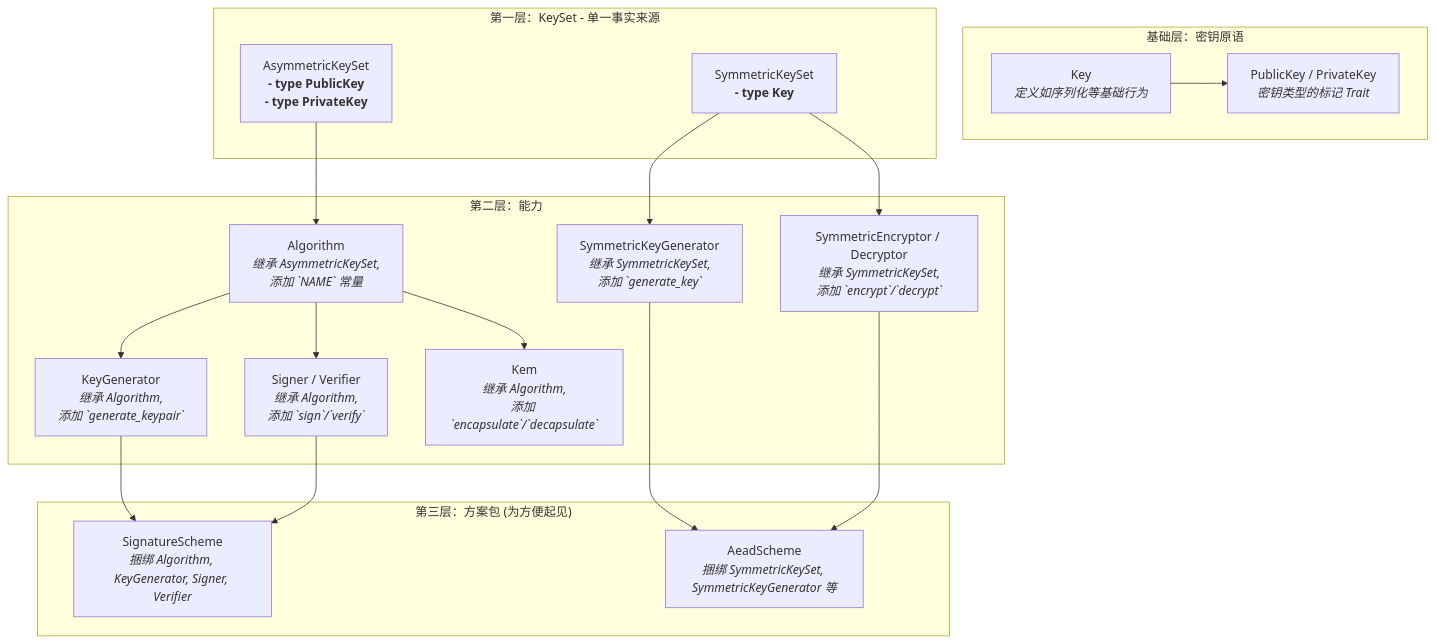
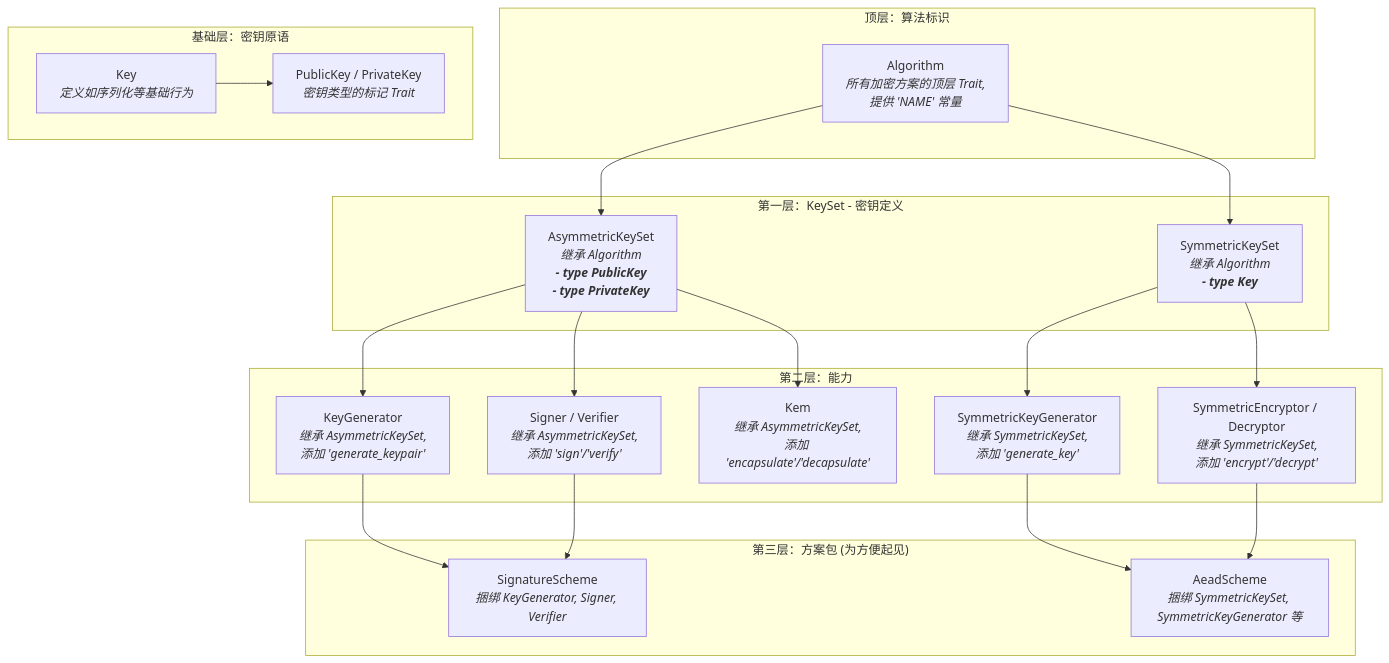
Before and after one commit to ShaoG-R/seal-crypto: the diagram in README_CN.md, drawn with Mermaid. The commit also changed other lines of this file and 20 other files, not shown here.

Commit message:
更新 README 文档，调整算法标识和密钥原语的描述，优化示例代码中的 RSA 和 Kyber 方案导入路径，重构 Trait 定义以提升可读性，移除未使用的 KEM Trait，确保文档与代码一致性。

````diff
--- a/README_CN.md
+++ b/README_CN.md
@@ -82,36 +82,44 @@
 ```mermaid
 graph TD
-    subgraph "基础层：密钥原语"
-        A[Key<br/><i>定义如序列化等基础行为</i>]
-        B[PublicKey / PrivateKey<br/><i>密钥类型的标记 Trait</i>]
+    subgraph "顶层：算法标识"
+        Z["Algorithm<br/><i>所有加密方案的顶层 Trait,<br/>提供 'NAME' 常量</i>"]
     end
 
-    subgraph "第一层：KeySet - 单一事实来源"
-        C[AsymmetricKeySet<br/><b>- type PublicKey<br/>- type PrivateKey</b>]
-        D[SymmetricKeySet<br/><b>- type Key</b>]
+    subgraph "基础层：密钥原语"
+        A["Key<br/><i>定义如序列化等基础行为</i>"]
+        B["PublicKey / PrivateKey<br/><i>密钥类型的标记 Trait</i>"]
+    end
+
+    subgraph "第一层：KeySet - 密钥定义"
+        C["AsymmetricKeySet<br/><i>继承 Algorithm<br/><b>- type PublicKey<br/>- type PrivateKey</b></i>"]
+        D["SymmetricKeySet<br/><i>继承 Algorithm<br/><b>- type Key</b></i>"]
     end
 
     subgraph "第二层：能力"
-        E[Algorithm<br/><i>继承 AsymmetricKeySet,<br/>添加 `NAME` 常量</i>]
-        F[KeyGenerator<br/><i>继承 Algorithm,<br/>添加 `generate_keypair`</i>]
-        G[Signer / Verifier<br/><i>继承 Algorithm,<br/>添加 `sign`/`verify`</i>]
-        H[Kem<br/><i>继承 Algorithm,<br/>添加 `encapsulate`/`decapsulate`</i>]
-        I[SymmetricKeyGenerator<br/><i>继承 SymmetricKeySet,<br/>添加 `generate_key`</i>]
-        J[SymmetricEncryptor / Decryptor<br/><i>继承 SymmetricKeySet,<br/>添加 `encrypt`/`decrypt`</i>]
+        F["KeyGenerator<br/><i>继承 AsymmetricKeySet,<br/>添加 'generate_keypair'</i>"]
+        G["Signer / Verifier<br/><i>继承 AsymmetricKeySet,<br/>添加 'sign'/'verify'</i>"]
+        H["Kem<br/><i>继承 AsymmetricKeySet,<br/>添加 'encapsulate'/'decapsulate'</i>"]
+        I["SymmetricKeyGenerator<br/><i>继承 SymmetricKeySet,<br/>添加 'generate_key'</i>"]
+        J["SymmetricEncryptor / Decryptor<br/><i>继承 SymmetricKeySet,<br/>添加 'encrypt'/'decrypt'</i>"]
     end
     
     subgraph "第三层：方案包 (为方便起见)"
-        K[SignatureScheme<br/><i>捆绑 Algorithm, KeyGenerator, Signer, Verifier</i>]
-        L[AeadScheme<br/><i>捆绑 SymmetricKeySet, SymmetricKeyGenerator 等</i>]
+        K["SignatureScheme<br/><i>捆绑 KeyGenerator, Signer, Verifier</i>"]
+        L["AeadScheme<br/><i>捆绑 SymmetricKeySet, SymmetricKeyGenerator 等</i>"]
     end
 
     A --> B
-    C --> E --> F
-    E --> G
-    E --> H
+
+    Z --> C
+    Z --> D
+    
+    C --> F
+    C --> G
+    C --> H
+    
     F & G --> K
 
     D --> I
     D --> J
     I & J --> L
 ```
````
